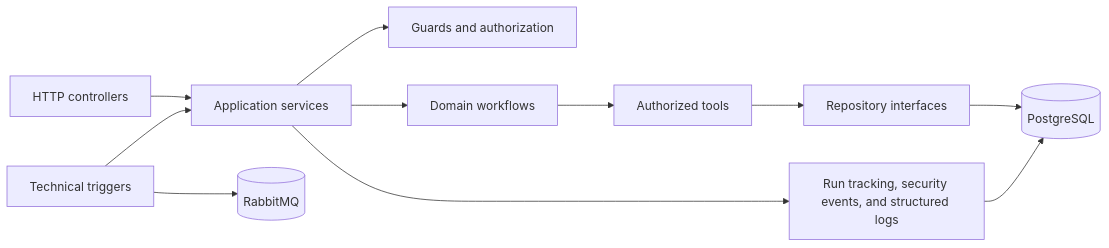
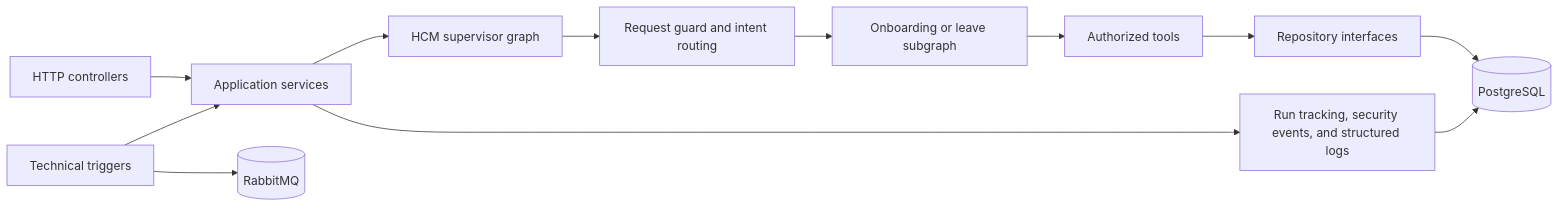
Before and after one commit to ramioooz/hcm-agentic-llmops: the first of 2 diagrams in docs/architecture.md, drawn with Mermaid. The commit also changed other lines of this file and 59 other files, not shown here.

Commit message:
refactor: modularize agent graph architecture

````diff
--- a/docs/architecture.md
+++ b/docs/architecture.md
@@ -21,13 +21,14 @@
 ```mermaid
 flowchart LR
 HTTP["HTTP controllers"] --> APP["Application services"]
 TRIG["Technical triggers"] --> APP
-APP --> GUARD["Guards and authorization"]
-APP --> WF["Domain workflows"]
-WF --> TOOL["Authorized tools"]
+APP --> GRAPH["HCM supervisor graph"]
+GRAPH --> GUARD["Request guard and intent routing"]
+GUARD --> SUBGRAPH["Onboarding or leave subgraph"]
+SUBGRAPH --> TOOL["Authorized tools"]
 TOOL --> REPO["Repository interfaces"]
 REPO --> DB[("PostgreSQL")]
 APP --> OBS["Run tracking, security events, and structured logs"]
 OBS --> DB
 TRIG --> MQ[("RabbitMQ")]
 ```
````
